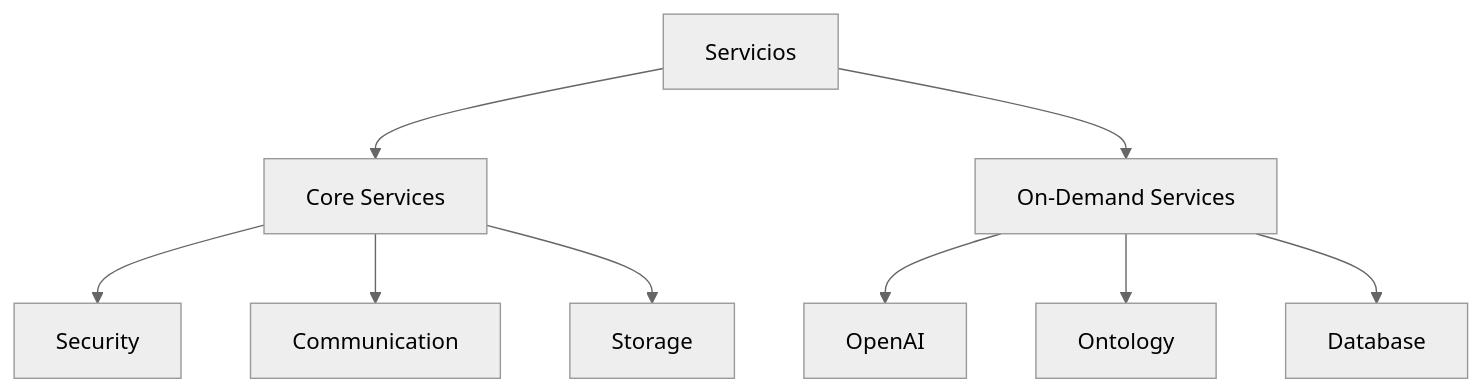
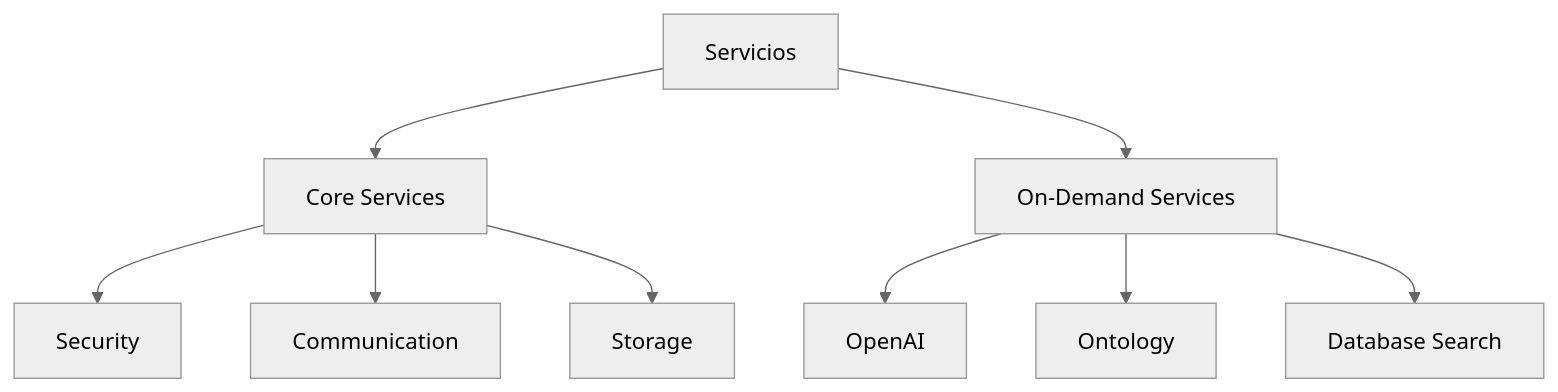
One commit to joellopezber/LOINC_v2 changed the diagram in docs/SERVICE_BACK.md. Above: the diagram before and after it, drawn with Mermaid (neutral theme). The commit also changed other lines of this file and 17 other files, not shown here.

````diff
--- a/docs/SERVICE_BACK.md
+++ b/docs/SERVICE_BACK.md
@@ -13,11 +13,11 @@
 ```mermaid
 graph TD
     A[Servicios] --> B[Core Services]
     A --> C[On-Demand Services]
     B --> B1[Security]
     B --> B2[Communication]
     B --> B3[Storage]
     C --> C1[OpenAI]
     C --> C2[Ontology]
-    C --> C3[Database]
+    C --> C3[Database Search]
 ```
````
